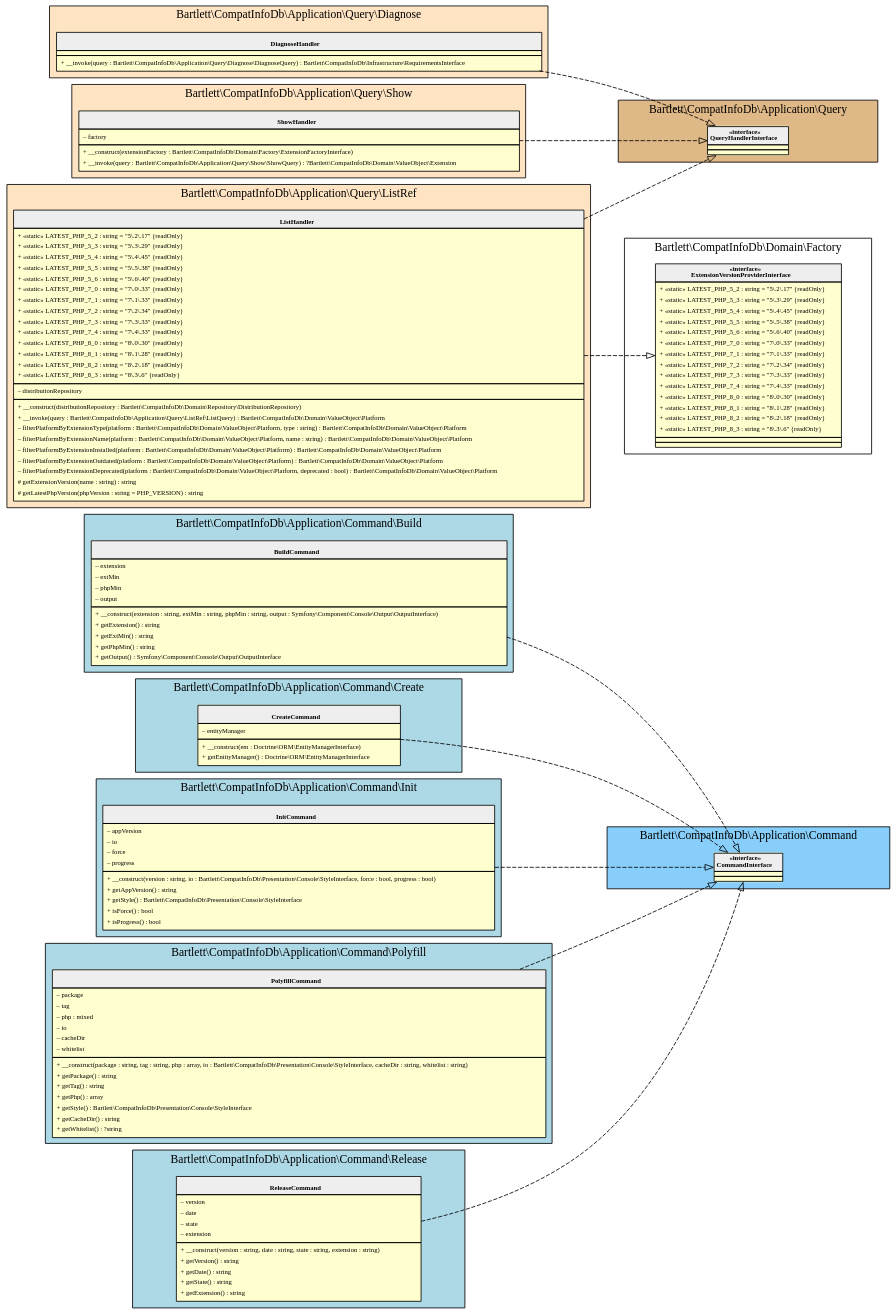
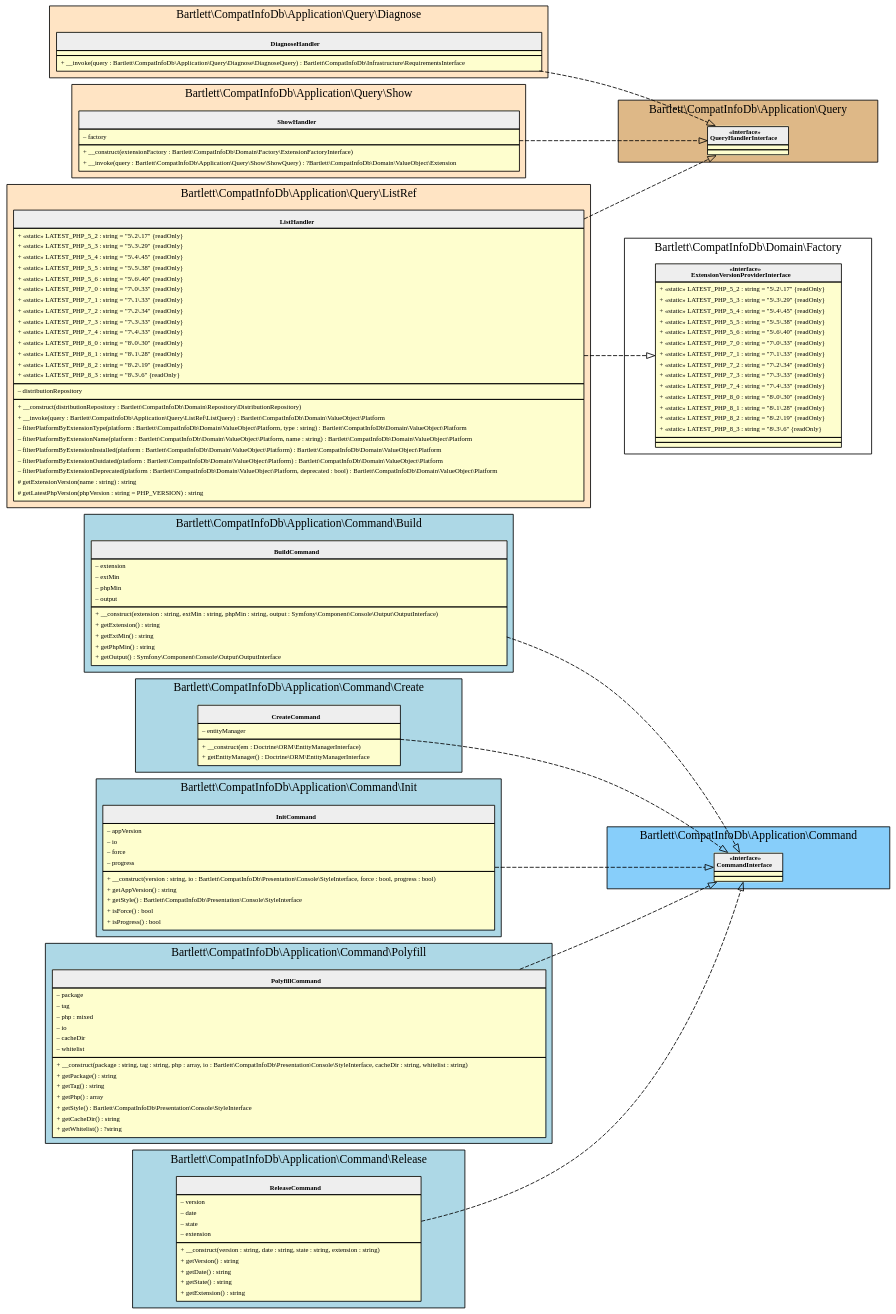
The diagram in 6.5/assets/images/command-line-runner_application.html.gv (llaville/php-compatinfo-db), drawn with Graphviz before and after one commit. The commit also changed 4 other files, not shown here.

```diff
--- a/6.5/assets/images/command-line-runner_application.html.gv
+++ b/6.5/assets/images/command-line-runner_application.html.gv
@@ -156,7 +156,7 @@
     <tr><td align="left">+ «static» LATEST_PHP_7_4 : string = "7\.4\.33" {readOnly}</td></tr>
     <tr><td align="left">+ «static» LATEST_PHP_8_0 : string = "8\.0\.30" {readOnly}</td></tr>
     <tr><td align="left">+ «static» LATEST_PHP_8_1 : string = "8\.1\.28" {readOnly}</td></tr>
-    <tr><td align="left">+ «static» LATEST_PHP_8_2 : string = "8\.2\.18" {readOnly}</td></tr>
+    <tr><td align="left">+ «static» LATEST_PHP_8_2 : string = "8\.2\.19" {readOnly}</td></tr>
     <tr><td align="left">+ «static» LATEST_PHP_8_3 : string = "8\.3\.6" {readOnly}</td></tr>
 </table></td></tr>
     <tr><td><table border="0" cellspacing="0" cellpadding="2">
@@ -193,7 +193,7 @@
     <tr><td align="left">+ «static» LATEST_PHP_7_4 : string = "7\.4\.33" {readOnly}</td></tr>
     <tr><td align="left">+ «static» LATEST_PHP_8_0 : string = "8\.0\.30" {readOnly}</td></tr>
     <tr><td align="left">+ «static» LATEST_PHP_8_1 : string = "8\.1\.28" {readOnly}</td></tr>
-    <tr><td align="left">+ «static» LATEST_PHP_8_2 : string = "8\.2\.18" {readOnly}</td></tr>
+    <tr><td align="left">+ «static» LATEST_PHP_8_2 : string = "8\.2\.19" {readOnly}</td></tr>
     <tr><td align="left">+ «static» LATEST_PHP_8_3 : string = "8\.3\.6" {readOnly}</td></tr>
 </table></td></tr>
     <tr><td></td></tr>
```
